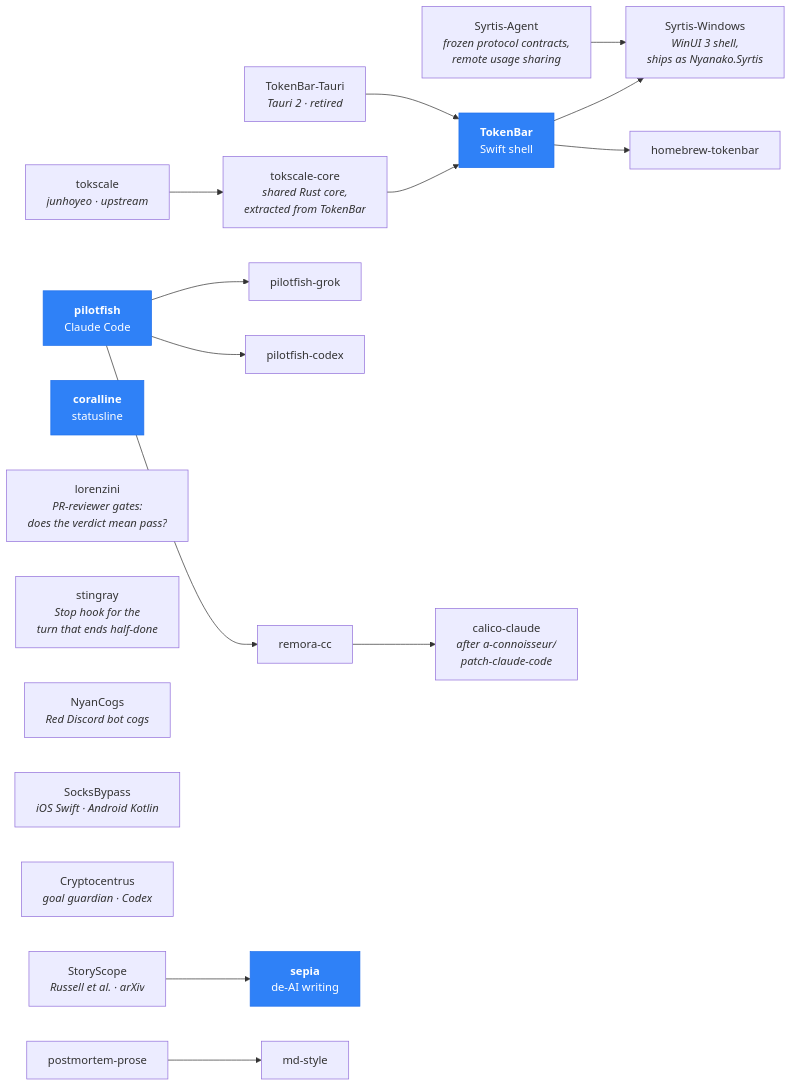
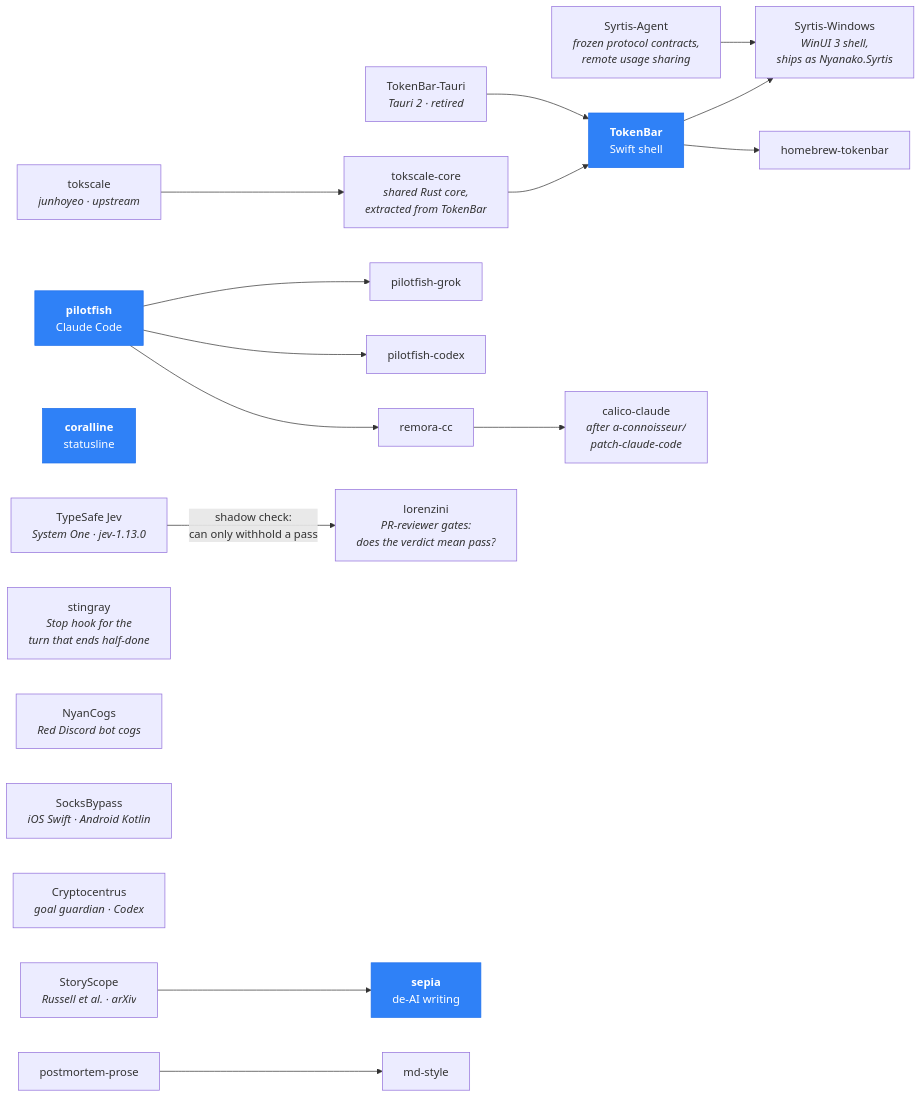
One commit to Nanako0129/Nanako0129 changed the diagram in README.md. Above: the diagram before and after it, drawn with Mermaid.

````diff
--- a/README.md
+++ b/README.md
@@ -117,27 +117,27 @@
 ```mermaid
 graph LR
   TS["tokscale<br/><i>junhoyeo · upstream</i>"] --> TC["tokscale-core<br/><i>shared Rust core,<br/>extracted from TokenBar</i>"]
   TC --> T2
   T1["TokenBar-Tauri<br/><i>Tauri 2 · retired</i>"] --> T2["<b>TokenBar</b><br/>Swift shell"]
   T2 --> T3["Syrtis-Windows<br/><i>WinUI 3 shell,<br/>ships as Nyanako.Syrtis</i>"]
   T2 --> T4["homebrew-tokenbar"]
   SY["Syrtis-Agent<br/><i>frozen protocol contracts,<br/>remote usage sharing</i>"] --> T3
 
   P1["<b>pilotfish</b><br/>Claude Code"] --> P2["pilotfish-grok"]
   P1 --> P3["pilotfish-codex"]
   P1 --> P4["remora-cc"]
   P4 --> P5["calico-claude<br/><i>after a-connoisseur/<br/>patch-claude-code</i>"]
 
   C1["<b>coralline</b><br/>statusline"]
-  L1["lorenzini<br/><i>PR-reviewer gates:<br/>does the verdict mean pass?</i>"]
+  JV["TypeSafe Jev<br/><i>System One · jev-1.13.0</i>"] -->|"shadow check:<br/>can only withhold a pass"| L1["lorenzini<br/><i>PR-reviewer gates:<br/>does the verdict mean pass?</i>"]
   ST["stingray<br/><i>Stop hook for the<br/>turn that ends half-done</i>"]
   N1["NyanCogs<br/><i>Red Discord bot cogs</i>"]
   S1["SocksBypass<br/><i>iOS Swift · Android Kotlin</i>"]
   CR["Cryptocentrus<br/><i>goal guardian · Codex</i>"]
 
   SS["StoryScope<br/><i>Russell et al. · arXiv</i>"] --> W3["<b>sepia</b><br/>de-AI writing"]
   W1["postmortem-prose"] --> W2["md-style"]
 
   classDef flagship fill:#2f81f7,stroke:#1f6feb,color:#fff
   class T2,P1,C1,W3 flagship
 ```
````
